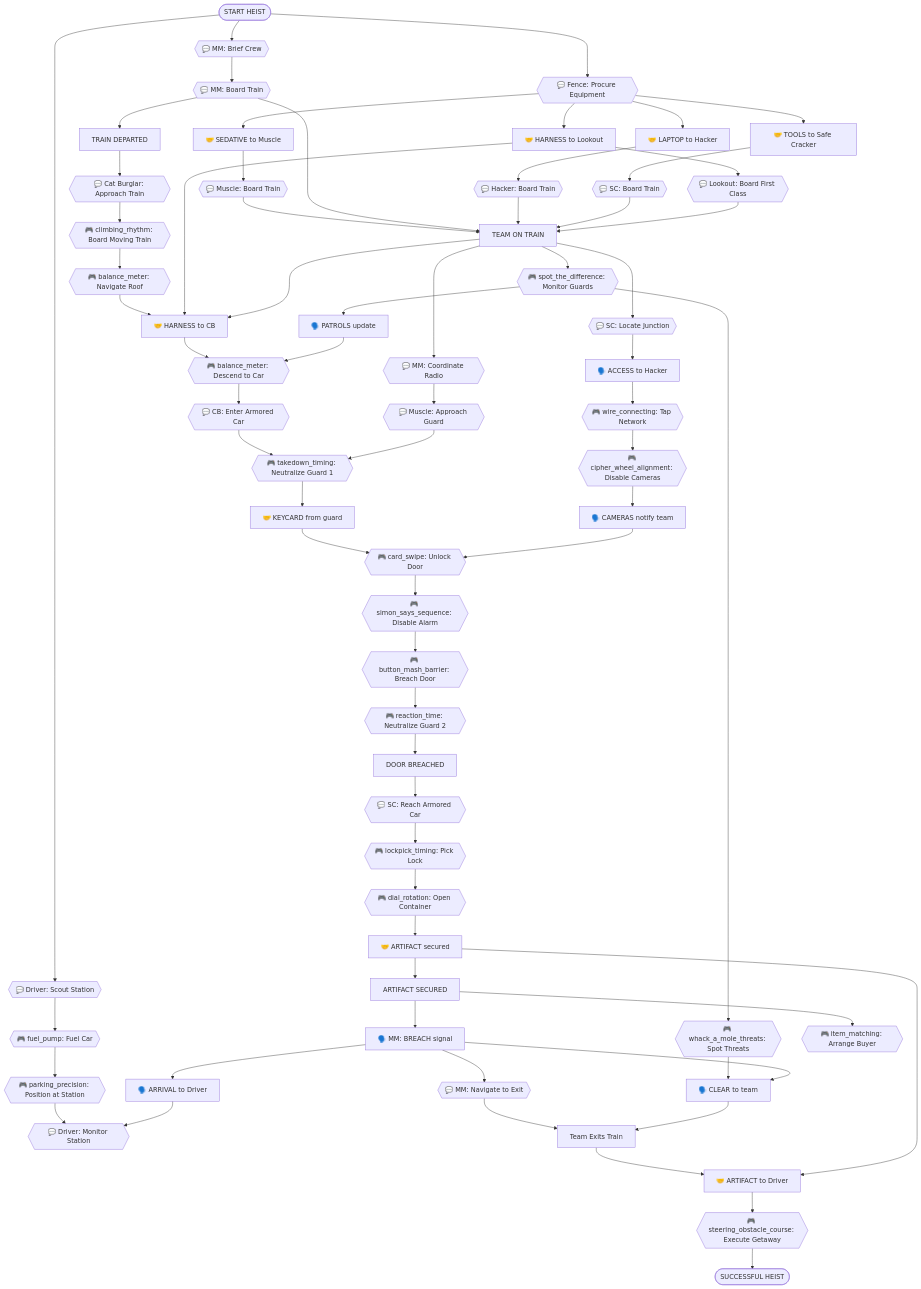
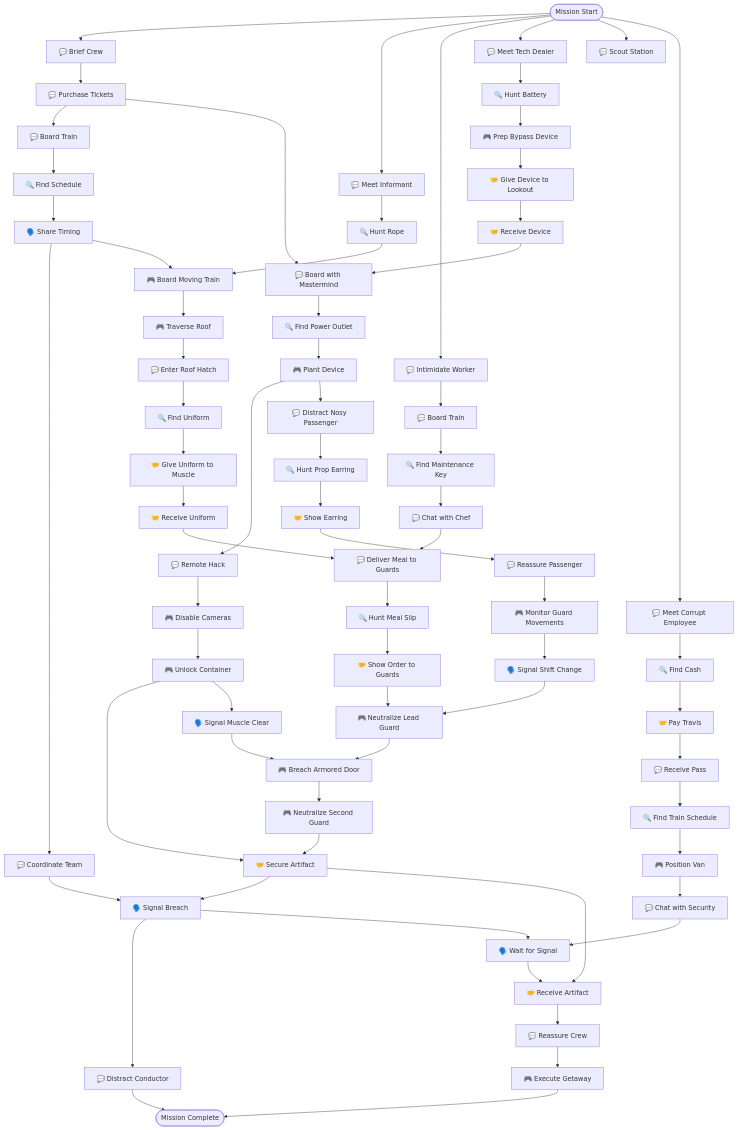
The first of 2 diagrams in examples/train_robbery_dependency_tree.md (barrand/TheHeist), drawn with Mermaid before and after one commit. The commit also changed other lines of this file and 1 other file, not shown here.

First line of the commit message:
Add scenario/role headers and regenerate train robbery example

````diff
--- a/examples/train_robbery_dependency_tree.md
+++ b/examples/train_robbery_dependency_tree.md
@@ -345,119 +456,85 @@
 ```mermaid
 flowchart TD
-    START([START HEIST])
+    Start([Mission Start])
     
-    %% Fence equipment procurement
-    START --> F1{{💬 Fence: Procure Equipment}}
-    F1 --> F2[🤝 LAPTOP to Hacker]
-    F1 --> F3[🤝 TOOLS to Safe Cracker]
-    F1 --> F4[🤝 SEDATIVE to Muscle]
-    F1 --> F5[🤝 HARNESS to Lookout]
+    %% Mastermind Path
+    Start --> M1[💬 Brief Crew]
+    M1 --> M2[💬 Purchase Tickets]
+    M2 --> M3[💬 Board Train]
+    M3 --> M4[🔍 Find Schedule]
+    M4 --> M5[🗣️ Share Timing]
+    M5 --> M6[💬 Coordinate Team]
+    M6 --> M7[🗣️ Signal Breach]
+    M7 --> M8[💬 Distract Conductor]
     
-    %% Mastermind
-    START --> MM1{{💬 MM: Brief Crew}}
-    MM1 --> MM2{{💬 MM: Board Train}}
-    MM2 --> TRAIN_DEPARTED[TRAIN DEPARTED]
+    %% Cat Burglar Path
+    Start --> CB1[💬 Meet Informant]
+    CB1 --> CB2[🔍 Hunt Rope]
+    M5 --> CB3[🎮 Board Moving Train]
+    CB2 --> CB3
+    CB3 --> CB4[🎮 Traverse Roof]
+    CB4 --> CB5[💬 Enter Roof Hatch]
+    CB5 --> CB6[🔍 Find Uniform]
+    CB6 --> CB7[🤝 Give Uniform to Muscle]
     
-    %% Muscle sequence
-    F4 --> M1{{💬 Muscle: Board Train}}
-    M1 --> TEAM_ON_TRAIN[TEAM ON TRAIN]
-    MM2 --> TEAM_ON_TRAIN
+    %% Muscle Path
+    Start --> MU1[💬 Intimidate Worker]
+    MU1 --> MU2[💬 Board Train]
+    MU2 --> MU3[🔍 Find Maintenance Key]
+    MU3 --> MU4[💬 Chat with Chef]
+    CB7 --> MU5[🤝 Receive Uniform]
+    MU4 --> MU6[💬 Deliver Meal to Guards]
+    MU5 --> MU6
+    MU6 --> MU7[🔍 Hunt Meal Slip]
+    MU7 --> MU8[🤝 Show Order to Guards]
+    MU8 --> MU9[🎮 Neutralize Lead Guard]
+    MU9 --> MU10[🎮 Breach Armored Door]
+    MU10 --> MU11[🎮 Neutralize Second Guard]
+    H7 --> MU12[🤝 Secure Artifact]
+    MU11 --> MU12
+    MU12 --> M7
     
-    %% Hacker sequence
-    F2 --> H1{{💬 Hacker: Board Train}}
-    H1 --> TEAM_ON_TRAIN
+    %% Hacker Path
+    Start --> H1[💬 Meet Tech Dealer]
+    H1 --> H2[🔍 Hunt Battery]
+    H2 --> H3[🎮 Prep Bypass Device]
+    H3 --> H4[🤝 Give Device to Lookout]
+    L5 --> H5[💬 Remote Hack]
+    H5 --> H6[🎮 Disable Cameras]
+    H6 --> H7[🎮 Unlock Container]
+    H7 --> H8[🗣️ Signal Muscle Clear]
+    H8 --> MU10
     
-    %% Safe Cracker sequence
-    F3 --> SC1{{💬 SC: Board Train}}
-    SC1 --> TEAM_ON_TRAIN
+    %% Lookout Path
+    Start --> L1[💬 Scout Station]
+    H4 --> L2[🤝 Receive Device]
+    M2 --> L3[💬 Board with Mastermind]
+    L2 --> L3
+    L3 --> L4[🔍 Find Power Outlet]
+    L4 --> L5[🎮 Plant Device]
+    L5 --> L6[💬 Distract Nosy Passenger]
+    L6 --> L7[🔍 Hunt Prop Earring]
+    L7 --> L8[🤝 Show Earring]
+    L8 --> L9[💬 Reassure Passenger]
+    L9 --> L10[🎮 Monitor Guard Movements]
+    L10 --> L11[🗣️ Signal Shift Change]
+    L11 --> MU9
     
-    %% Lookout sequence
-    F5 --> L1{{💬 Lookout: Board First Class}}
-    L1 --> TEAM_ON_TRAIN
+    %% Driver Path
+    Start --> D1[💬 Meet Corrupt Employee]
+    D1 --> D2[🔍 Find Cash]
+    D2 --> D3[🤝 Pay Travis]
+    D3 --> D4[💬 Receive Pass]
+    D4 --> D5[🔍 Find Train Schedule]
+    D5 --> D6[🎮 Position Van]
+    D6 --> D7[💬 Chat with Security]
+    D7 --> D8[🗣️ Wait for Signal]
+    M7 --> D8
+    MU12 --> D9[🤝 Receive Artifact]
+    D8 --> D9
+    D9 --> D10[💬 Reassure Crew]
+    D10 --> D11[🎮 Execute Getaway]
     
-    %% Cat Burglar boards externally
-    TRAIN_DEPARTED --> CB1{{💬 Cat Burglar: Approach Train}}
-    CB1 --> CB2{{🎮 climbing_rhythm: Board Moving Train}}
-    CB2 --> CB3{{🎮 balance_meter: Navigate Roof}}
-    
-    %% Safe Cracker locates junction
-    TEAM_ON_TRAIN --> SC2{{💬 SC: Locate Junction}}
-    SC2 --> SC3[🗣️ ACCESS to Hacker]
-    
-    %% Hacker taps network
-    SC3 --> H2{{🎮 wire_connecting: Tap Network}}
-    H2 --> H3{{🎮 cipher_wheel_alignment: Disable Cameras}}
-    H3 --> H4[🗣️ CAMERAS notify team]
-    
-    %% Lookout monitors
-    TEAM_ON_TRAIN --> L2{{🎮 spot_the_difference: Monitor Guards}}
-    L2 --> L3[🗣️ PATROLS update]
-    L2 --> L4{{🎮 whack_a_mole_threats: Spot Threats}}
-    
-    %% Lookout delivers harness to Cat Burglar
-    CB3 --> L5[🤝 HARNESS to CB]
-    F5 --> L5
-    TEAM_ON_TRAIN --> L5
-    
-    %% Cat Burglar descends
-    L5 --> CB4{{🎮 balance_meter: Descend to Car}}
-    L3 --> CB4
-    CB4 --> CB5{{💬 CB: Enter Armored Car}}
-    
-    %% Mastermind coordinates
-    TEAM_ON_TRAIN --> MM3{{💬 MM: Coordinate Radio}}
-    
-    %% Muscle approaches and takes down guard
-    MM3 --> M2{{💬 Muscle: Approach Guard}}
-    CB5 --> M3{{🎮 takedown_timing: Neutralize Guard 1}}
-    M2 --> M3
-    M3 --> M4[🤝 KEYCARD from guard]
-    
-    %% Hacker unlocks door
-    M4 --> H5{{🎮 card_swipe: Unlock Door}}
-    H4 --> H5
-    H5 --> H6{{🎮 simon_says_sequence: Disable Alarm}}
-    
-    %% Muscle breaches
-    H6 --> M5{{🎮 button_mash_barrier: Breach Door}}
-    M5 --> M6{{🎮 reaction_time: Neutralize Guard 2}}
-    M6 --> DOOR_BREACHED[DOOR BREACHED]
-    
-    %% Safe Cracker enters and cracks
-    DOOR_BREACHED --> SC4{{💬 SC: Reach Armored Car}}
-    SC4 --> SC5{{🎮 lockpick_timing: Pick Lock}}
-    SC5 --> SC6{{🎮 dial_rotation: Open Container}}
-    SC6 --> SC7[🤝 ARTIFACT secured]
-    SC7 --> ARTIFACT_SECURED[ARTIFACT SECURED]
-    
-    %% Mastermind signals breach
-    ARTIFACT_SECURED --> MM4[🗣️ MM: BREACH signal]
-    MM4 --> MM5{{💬 MM: Navigate to Exit}}
-    
-    %% Lookout confirms clear
-    L4 --> L6[🗣️ CLEAR to team]
-    MM4 --> L6
-    
-    %% Driver prepares
-    START --> D1{{💬 Driver: Scout Station}}
-    D1 --> D2{{🎮 fuel_pump: Fuel Car}}
-    D2 --> D3{{🎮 parking_precision: Position at Station}}
-    D3 --> D4{{💬 Driver: Monitor Station}}
-    
-    %% Driver receives arrival notice
-    MM4 --> D5[🗣️ ARRIVAL to Driver]
-    D5 --> D4
-    
-    %% Team exits and transfers artifact
-    MM5 --> TEAM_EXITS[Team Exits Train]
-    L6 --> TEAM_EXITS
-    TEAM_EXITS --> D6[🤝 ARTIFACT to Driver]
-    SC7 --> D6
-    
-    %% Final getaway
-    D6 --> D7{{🎮 steering_obstacle_course: Execute Getaway}}
-    D7 --> SUCCESS([SUCCESSFUL HEIST])
-    
-    %% Post-heist
-    ARTIFACT_SECURED --> F6{{🎮 item_matching: Arrange Buyer}}
+    D11 --> End([Mission Complete])
+    M8 --> End
 ```
````
